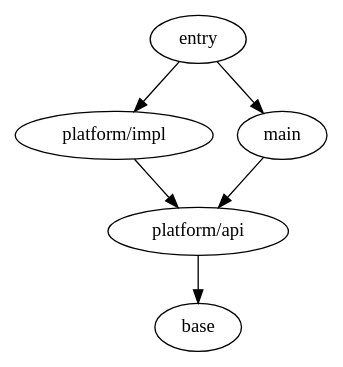
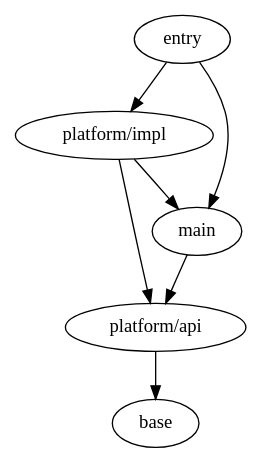
Before and after one commit to niu2x/anyone: the diagram in anyone/component-relation.dot, drawn with Graphviz. The commit also changed 9 other files, not shown here.

```diff
--- a/anyone/component-relation.dot
+++ b/anyone/component-relation.dot
@@ -1,13 +1,15 @@
 digraph ComponentRelation {
 	"base";
 	"platform/api";
 	"platform/impl";
 	"main";
 	"entry";
 
 	"platform/api" -> "base";
 	"platform/impl" -> "platform/api";
+	"platform/impl" -> "main";
+	
 	"main" -> "platform/api";
 	"entry" -> "main";
 	"entry" -> "platform/impl";
 }
```
